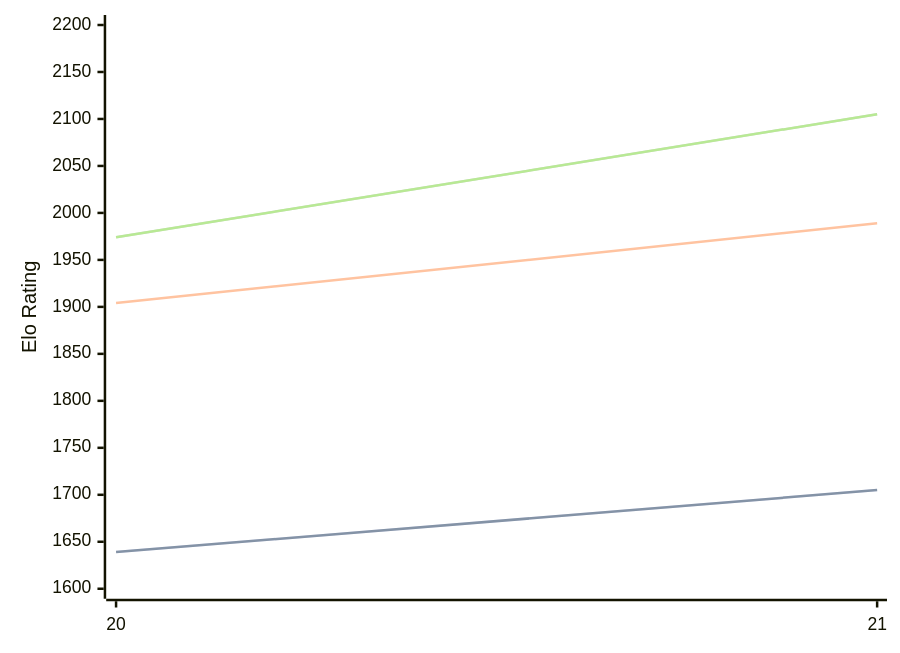
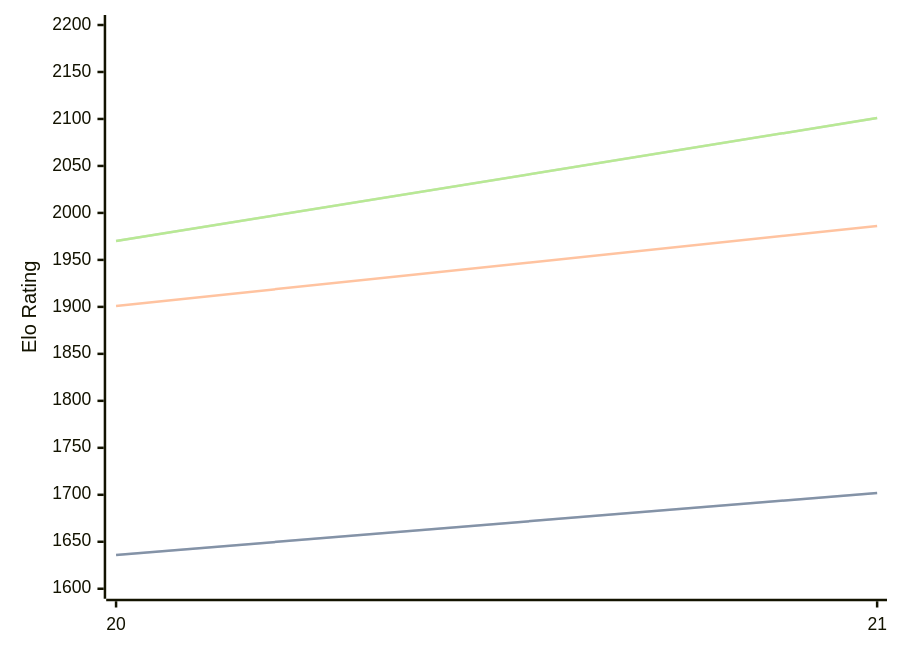
One commit to computer-chess-index/cci changed the third of 3 diagrams in engines/PurplePanda.md. Above: the diagram before and after it, drawn with Mermaid. The commit also changed other lines of this file, not shown here.

Commit message:
Update CCI Ratings (ELO VLTC) - 2026-07-16

````diff
--- a/engines/PurplePanda.md
+++ b/engines/PurplePanda.md
@@ -73,11 +73,11 @@
 ```mermaid
 %%{init: {"theme":"base","themeVariables":{"seriesColors:['#a3a3a3','#222221','#faa371']}}}%%
 xychart-beta
   x-axis ["20", "21"]
   y-axis "Elo Rating" 1600 --> 2200
-  line "STC (8.0+0.08s)" [1639, 1705]
-  line "STC (8.0+0.08s)" [1639, 1705]
-  line "LTC (60.0+0.60s)" [1904, 1989]
-  line "VLTC (2m24s+1.12s)" [1974, 2105]
-  line "VLTC (2m24s+1.12s)" [1974, 2105]
+  line "STC (8.0+0.08s)" [1636, 1702]
+  line "STC (8.0+0.08s)" [1636, 1702]
+  line "LTC (60.0+0.60s)" [1901, 1986]
+  line "VLTC (2m24s+1.12s)" [1970, 2101]
+  line "VLTC (2m24s+1.12s)" [1970, 2101]
 ```
````
